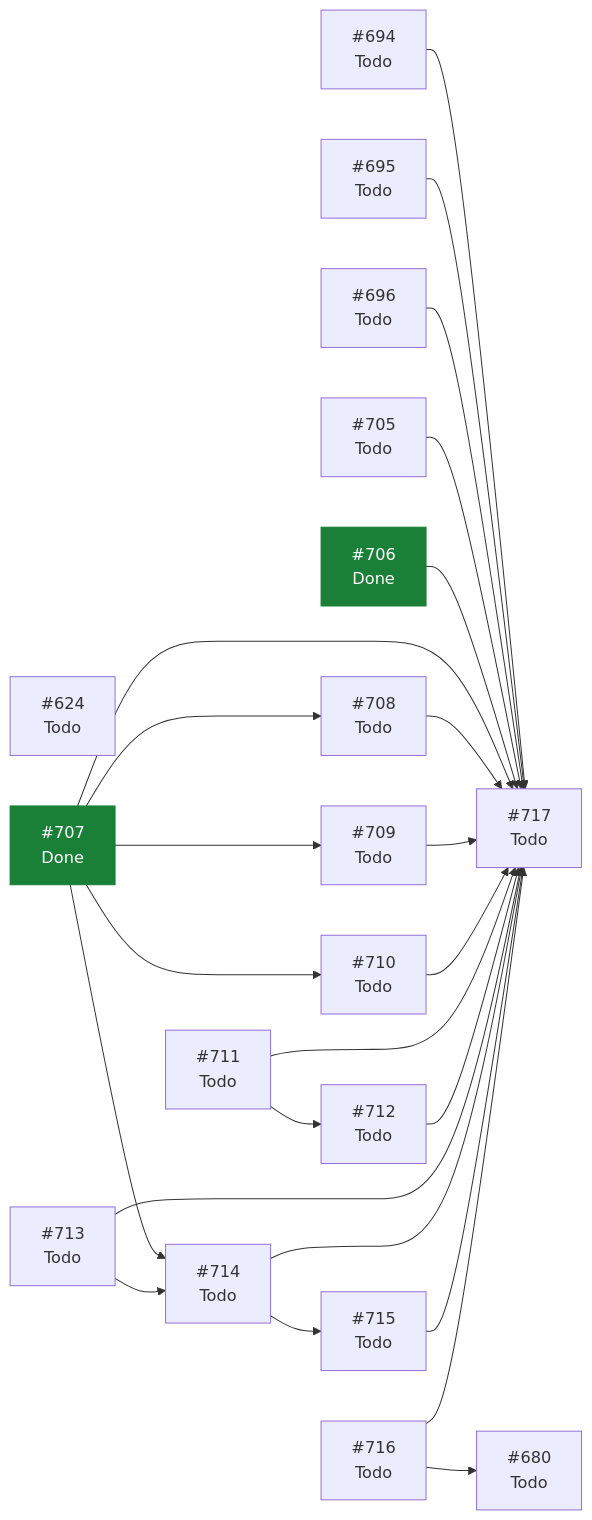
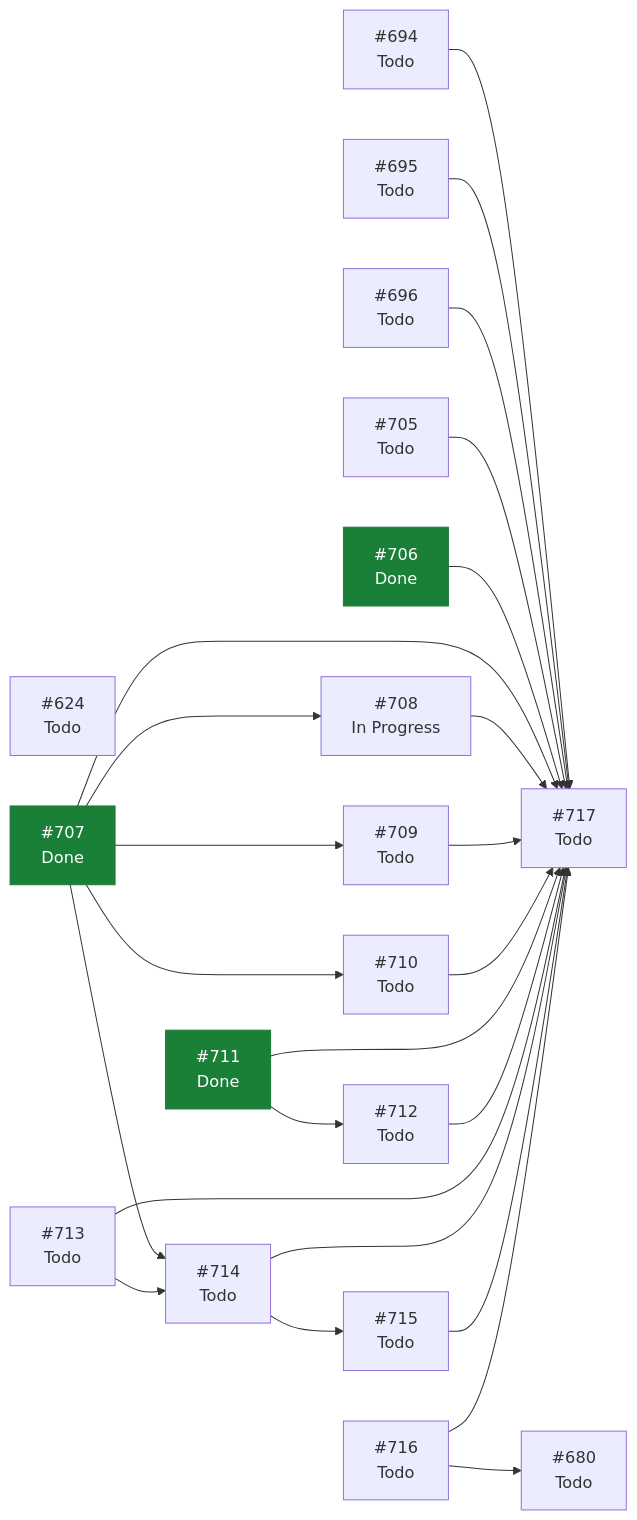
One commit to ecamp0s/evault changed the diagram in docs/planning/STATUS.md. Above: the diagram before and after it, drawn with Mermaid. The commit also changed other lines of this file, not shown here.

````diff
--- a/docs/planning/STATUS.md
+++ b/docs/planning/STATUS.md
@@ -113,46 +113,46 @@
 ```mermaid
 graph LR
   I624["#624<br/>Todo"]
   I680["#680<br/>Todo"]
   I694["#694<br/>Todo"]
   I695["#695<br/>Todo"]
   I696["#696<br/>Todo"]
   I705["#705<br/>Todo"]
   I706["#706<br/>Done"]
   I707["#707<br/>Done"]
-  I708["#708<br/>Todo"]
+  I708["#708<br/>In Progress"]
   I709["#709<br/>Todo"]
   I710["#710<br/>Todo"]
-  I711["#711<br/>Todo"]
+  I711["#711<br/>Done"]
   I712["#712<br/>Todo"]
   I713["#713<br/>Todo"]
   I714["#714<br/>Todo"]
   I715["#715<br/>Todo"]
   I716["#716<br/>Todo"]
   I717["#717<br/>Todo"]
   I694 --> I717
   I695 --> I717
   I696 --> I717
   I705 --> I717
   I706 --> I717
   I707 --> I708
   I707 --> I709
   I707 --> I710
   I707 --> I714
   I707 --> I717
   I708 --> I717
   I709 --> I717
   I710 --> I717
   I711 --> I712
   I711 --> I717
   I712 --> I717
   I713 --> I714
   I713 --> I717
   I714 --> I715
   I714 --> I717
   I715 --> I717
   I716 --> I680
   I716 --> I717
   classDef hecho fill:#1a7f37,stroke:#1a7f37,color:#fff;
-  class I706,I707 hecho;
+  class I706,I707,I711 hecho;
 ```
````
